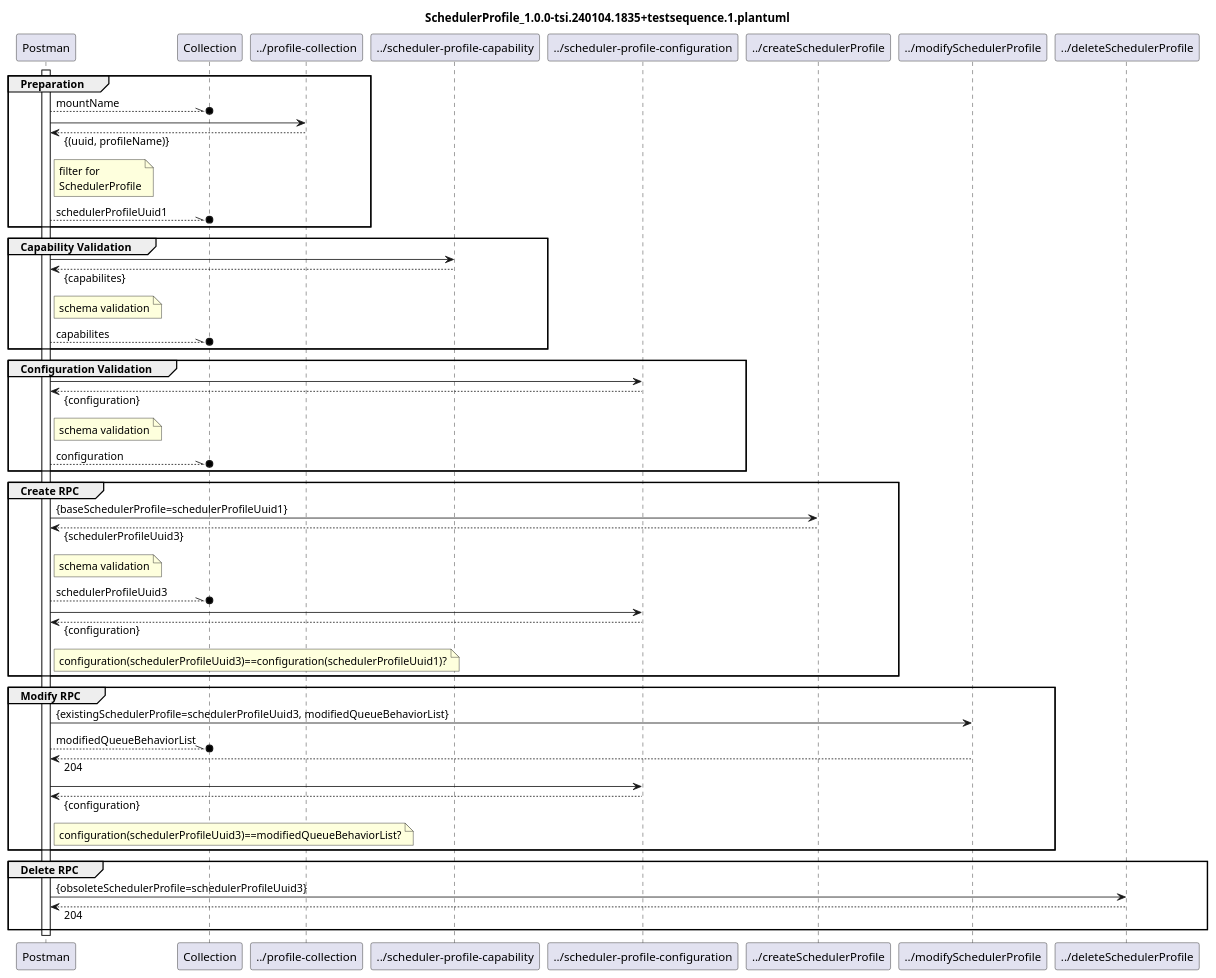
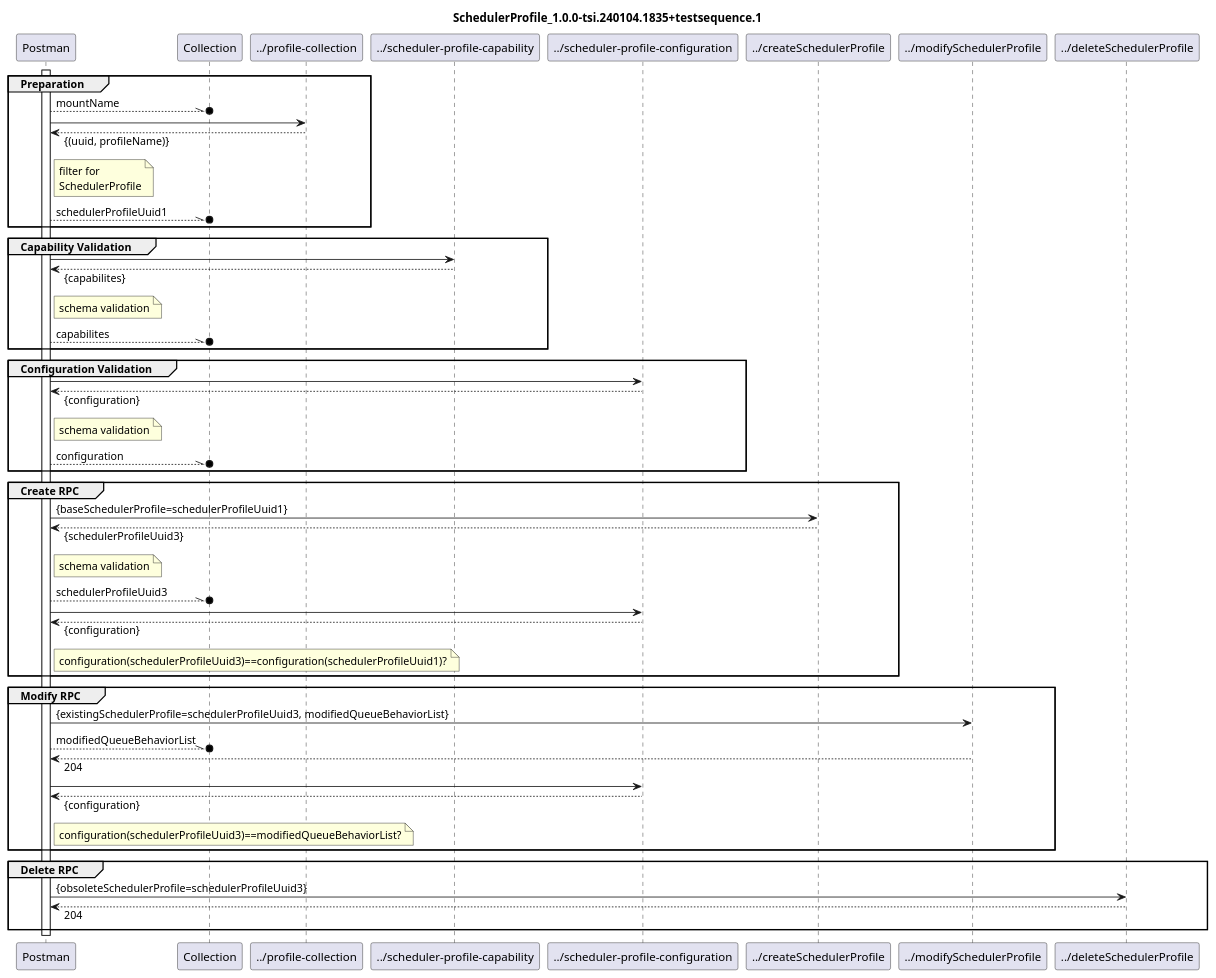
One commit to openBackhaul/schedulerProfile changed the diagram in SchedulerProfile_1.0.0-tsi.240104.1835+validator/SchedulerProfile_1.0.0-tsi.240104.1835+testsequence.1.plantuml. Above: the diagram before and after it, drawn with PlantUML. The commit also changed 2 other files, not shown here.

```diff
--- a/SchedulerProfile_1.0.0-tsi.240104.1835+validator/SchedulerProfile_1.0.0-tsi.240104.1835+testsequence.1.plantuml
+++ b/SchedulerProfile_1.0.0-tsi.240104.1835+validator/SchedulerProfile_1.0.0-tsi.240104.1835+testsequence.1.plantuml
@@ -1,81 +1,81 @@
 @startuml SchedulerProfile_1.0.0-tsi.240104.1835+testsequence.1
 skinparam responseMessageBelowArrow true
 
 title
-SchedulerProfile_1.0.0-tsi.240104.1835+testsequence.1.plantuml
+SchedulerProfile_1.0.0-tsi.240104.1835+testsequence.1
 end title
 
 participant "Postman" as Postman
 participant "Collection" as Collection
 participant "../profile-collection" as ProfileCollection
 participant "../scheduler-profile-capability" as Capability
 participant "../scheduler-profile-configuration" as Configuration
 participant "../createSchedulerProfile" as CreateRpc
 participant "../modifySchedulerProfile" as ModifyRpc
 participant "../deleteSchedulerProfile" as DeleteRpc
 
 activate Postman
 
 group Preparation
   Postman --\\o Collection : mountName
 
   Postman -> ProfileCollection
   Postman <-- ProfileCollection : {(uuid, profileName)}
   note right Postman
     filter for
     SchedulerProfile
   end note
   Postman --\\o Collection : schedulerProfileUuid1
 end
 
 group Capability Validation
   Postman -> Capability
   Postman <-- Capability : {capabilites}
   note right Postman
     schema validation
   end note
   Postman --\\o Collection : capabilites
 end
 
 group Configuration Validation
   Postman -> Configuration
   Postman <-- Configuration : {configuration}
   note right Postman
     schema validation
   end note
   Postman --\\o Collection : configuration
 end
 
 group Create RPC
   Postman -> CreateRpc : {baseSchedulerProfile=schedulerProfileUuid1}
   Postman <-- CreateRpc : {schedulerProfileUuid3}
   note right Postman
     schema validation
   end note
   Postman --\\o Collection : schedulerProfileUuid3
   Postman -> Configuration
   Postman <-- Configuration : {configuration}
   note right Postman
     configuration(schedulerProfileUuid3)==configuration(schedulerProfileUuid1)?
   end note
 end
 
 group Modify RPC
   Postman -> ModifyRpc : {existingSchedulerProfile=schedulerProfileUuid3, modifiedQueueBehaviorList}
   Postman --\\o Collection : modifiedQueueBehaviorList
   Postman <-- ModifyRpc : 204
   Postman -> Configuration
   Postman <-- Configuration : {configuration}
   note right Postman
     configuration(schedulerProfileUuid3)==modifiedQueueBehaviorList?
   end note
 end
 
 group Delete RPC
   Postman -> DeleteRpc : {obsoleteSchedulerProfile=schedulerProfileUuid3}
   Postman <-- DeleteRpc : 204
 end
 
 deactivate Postman
 
 @enduml
```
